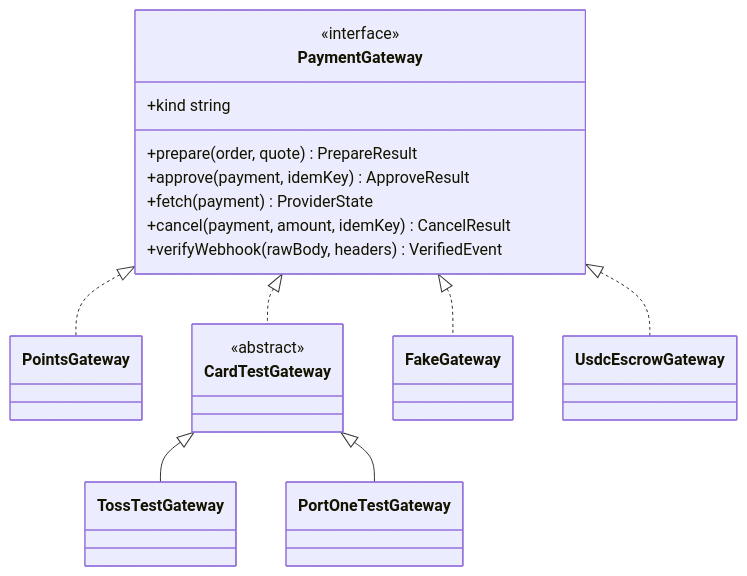
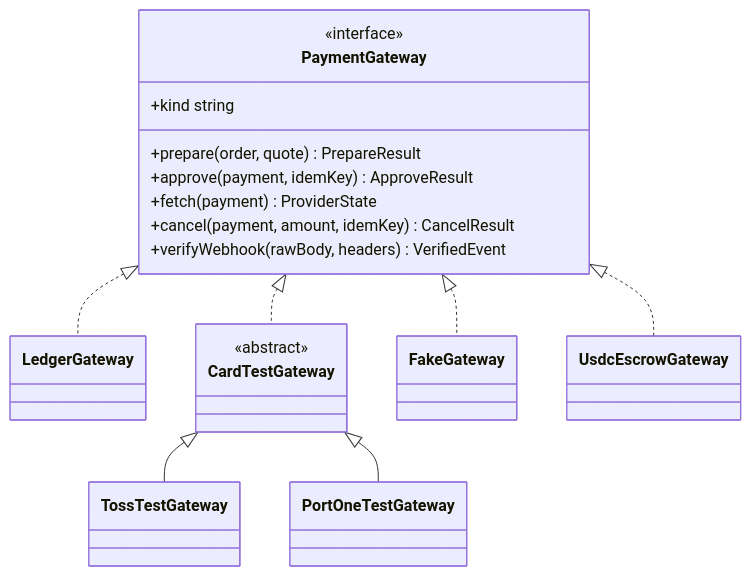
The tenth of 26 diagrams in docs/design/phases/02-commerce.md (1985jwlee/portpolio_backend), drawn with Mermaid before and after one commit. The commit also changed other lines of this file and 26 other files, not shown here.

````diff
--- a/docs/design/phases/02-commerce.md
+++ b/docs/design/phases/02-commerce.md
@@ -516,26 +520,26 @@
 ```mermaid
 classDiagram
     class PaymentGateway {
         <<interface>>
         +kind string
         +prepare(order, quote) PrepareResult
         +approve(payment, idemKey) ApproveResult
         +fetch(payment) ProviderState
         +cancel(payment, amount, idemKey) CancelResult
         +verifyWebhook(rawBody, headers) VerifiedEvent
     }
-    class PointsGateway
+    class LedgerGateway
     class CardTestGateway {
         <<abstract>>
     }
     class TossTestGateway
     class PortOneTestGateway
     class FakeGateway
     class UsdcEscrowGateway
-    PaymentGateway <|.. PointsGateway
+    PaymentGateway <|.. LedgerGateway
     PaymentGateway <|.. CardTestGateway
     CardTestGateway <|-- TossTestGateway
     CardTestGateway <|-- PortOneTestGateway
     PaymentGateway <|.. FakeGateway
     PaymentGateway <|.. UsdcEscrowGateway
 ```
````
